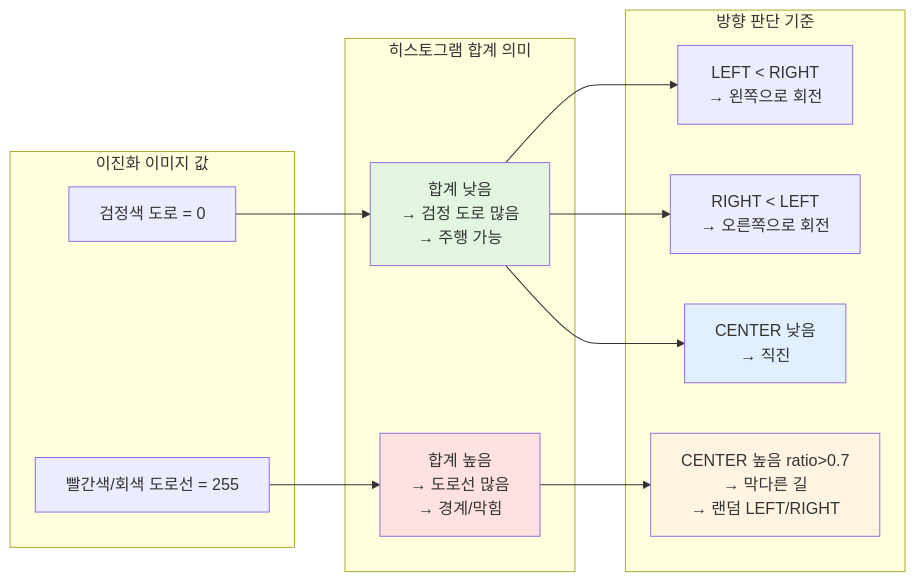
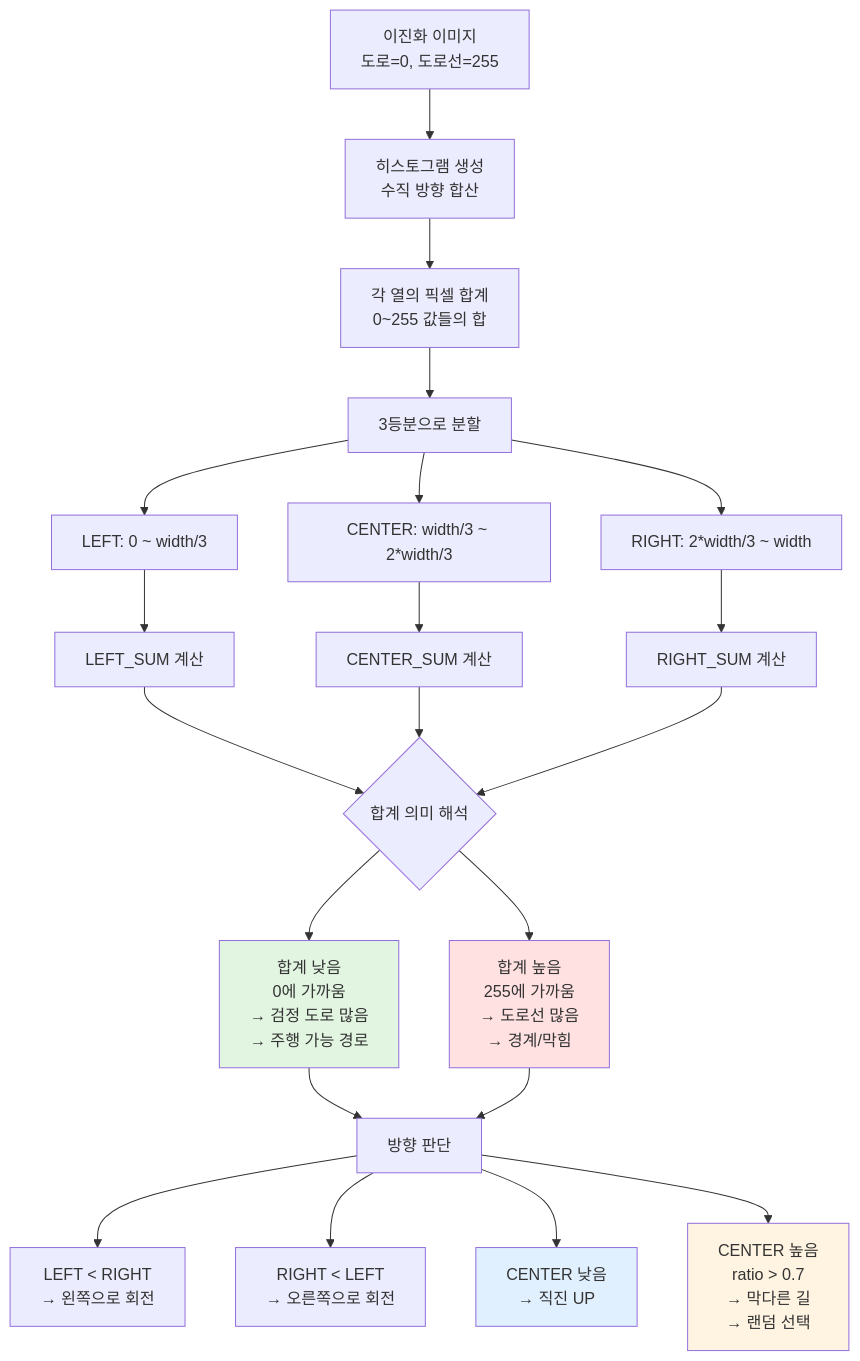
Before and after one commit to Collegenie-X/Raspbot-v2-self-driving-car: the seventh of 23 diagrams in 03_self_driving/AUTOPLOT_SYSTEM_ANALYSIS.md, drawn with Mermaid. The commit also changed other lines of this file and 16 other files, not shown here.

````diff
--- a/03_self_driving/AUTOPLOT_SYSTEM_ANALYSIS.md
+++ b/03_self_driving/AUTOPLOT_SYSTEM_ANALYSIS.md
@@ -318,31 +385,34 @@
 ```mermaid
-graph LR
-    subgraph 이진화값[이진화 이미지 값]
-        A1[검정색 도로 = 0]
-        A2[빨간색/회색 도로선 = 255]
-    end
+flowchart TD
+    A[이진화 이미지<br/>도로=0, 도로선=255] --> B[히스토그램 생성<br/>수직 방향 합산]
+    B --> C[각 열의 픽셀 합계<br/>0~255 값들의 합]
     
-    subgraph 히스토그램합[히스토그램 합계 의미]
-        B1[합계 낮음<br/>→ 검정 도로 많음<br/>→ 주행 가능]
-        B2[합계 높음<br/>→ 도로선 많음<br/>→ 경계/막힘]
-    end
+    C --> D[3등분으로 분할]
+    D --> D1[LEFT: 0 ~ width/3]
+    D --> D2[CENTER: width/3 ~ 2*width/3]
+    D --> D3[RIGHT: 2*width/3 ~ width]
     
-    subgraph 방향판단[방향 판단 기준]
-        C1[LEFT < RIGHT<br/>→ 왼쪽으로 회전]
-        C2[RIGHT < LEFT<br/>→ 오른쪽으로 회전]
-        C3[CENTER 낮음<br/>→ 직진]
-        C4[CENTER 높음 ratio>0.7<br/>→ 막다른 길<br/>→ 랜덤 LEFT/RIGHT]
-    end
+    D1 --> E[LEFT_SUM 계산]
+    D2 --> F[CENTER_SUM 계산]
+    D3 --> G[RIGHT_SUM 계산]
     
-    A1 --> B1
-    A2 --> B2
-    B1 --> C1
-    B1 --> C2
-    B1 --> C3
-    B2 --> C4
+    E --> H{합계 의미 해석}
+    F --> H
+    G --> H
     
-    style B1 fill:#e1f5e1
-    style B2 fill:#ffe1e1
-    style C3 fill:#e1f0ff
-    style C4 fill:#fff4e1
+    H --> I1[합계 낮음<br/>0에 가까움<br/>→ 검정 도로 많음<br/>→ 주행 가능 경로]
+    H --> I2[합계 높음<br/>255에 가까움<br/>→ 도로선 많음<br/>→ 경계/막힘]
+    
+    I1 --> J[방향 판단]
+    I2 --> J
+    
+    J --> K1[LEFT < RIGHT<br/>→ 왼쪽으로 회전]
+    J --> K2[RIGHT < LEFT<br/>→ 오른쪽으로 회전]
+    J --> K3[CENTER 낮음<br/>→ 직진 UP]
+    J --> K4[CENTER 높음<br/>ratio > 0.7<br/>→ 막다른 길<br/>→ 랜덤 선택]
+    
+    style I1 fill:#e1f5e1
+    style I2 fill:#ffe1e1
+    style K3 fill:#e1f0ff
+    style K4 fill:#fff4e1
 ```
````
